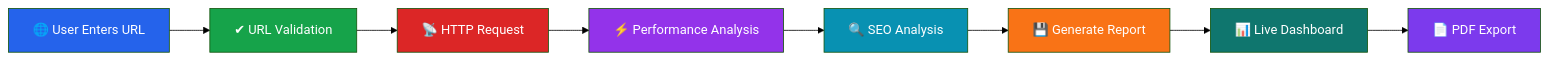
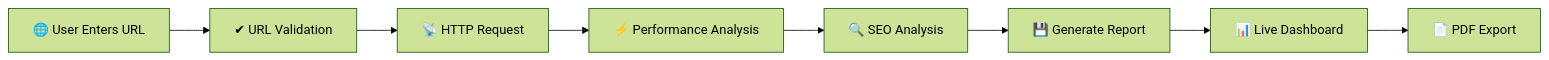
One commit to Saurav6200907210/WebMetricsX changed the third of 12 diagrams in README.md. Above: the diagram before and after it, drawn with Mermaid (forest theme). The commit also changed other lines of this file, not shown here.

````diff
--- a/README.md
+++ b/README.md
@@ -234,42 +132,10 @@
 ```mermaid
 flowchart LR
-
-Start["🌐 User Enters URL"]
-
-Validate["✔ URL Validation"]
-
-Request["📡 HTTP Request"]
-
-Analyze["⚡ Performance Analysis"]
-
-SEO["🔍 SEO Analysis"]
-
-Store["💾 Generate Report"]
-
-Dashboard["📊 Live Dashboard"]
-
-PDF["📄 PDF Export"]
-
-Start --> Validate
-
-Validate --> Request
-
-Request --> Analyze
-
-Analyze --> SEO
-
-SEO --> Store
-
-Store --> Dashboard
-
-Dashboard --> PDF
-
-style Start fill:#2563eb,color:#fff
-style Validate fill:#16a34a,color:#fff
-style Request fill:#dc2626,color:#fff
-style Analyze fill:#9333ea,color:#fff
-style SEO fill:#0891b2,color:#fff
-style Store fill:#f97316,color:#fff
-style Dashboard fill:#0f766e,color:#fff
-style PDF fill:#7c3aed,color:#fff
+Start["🌐 User Enters URL"] --> Validate["✔ URL Validation"]
+Validate --> Request["📡 HTTP Request"]
+Request --> Analyze["⚡ Performance Analysis"]
+Analyze --> SEO["🔍 SEO Analysis"]
+SEO --> Store["💾 Generate Report"]
+Store --> Dashboard["📊 Live Dashboard"]
+Dashboard --> PDF["📄 PDF Export"]
 ```
````
